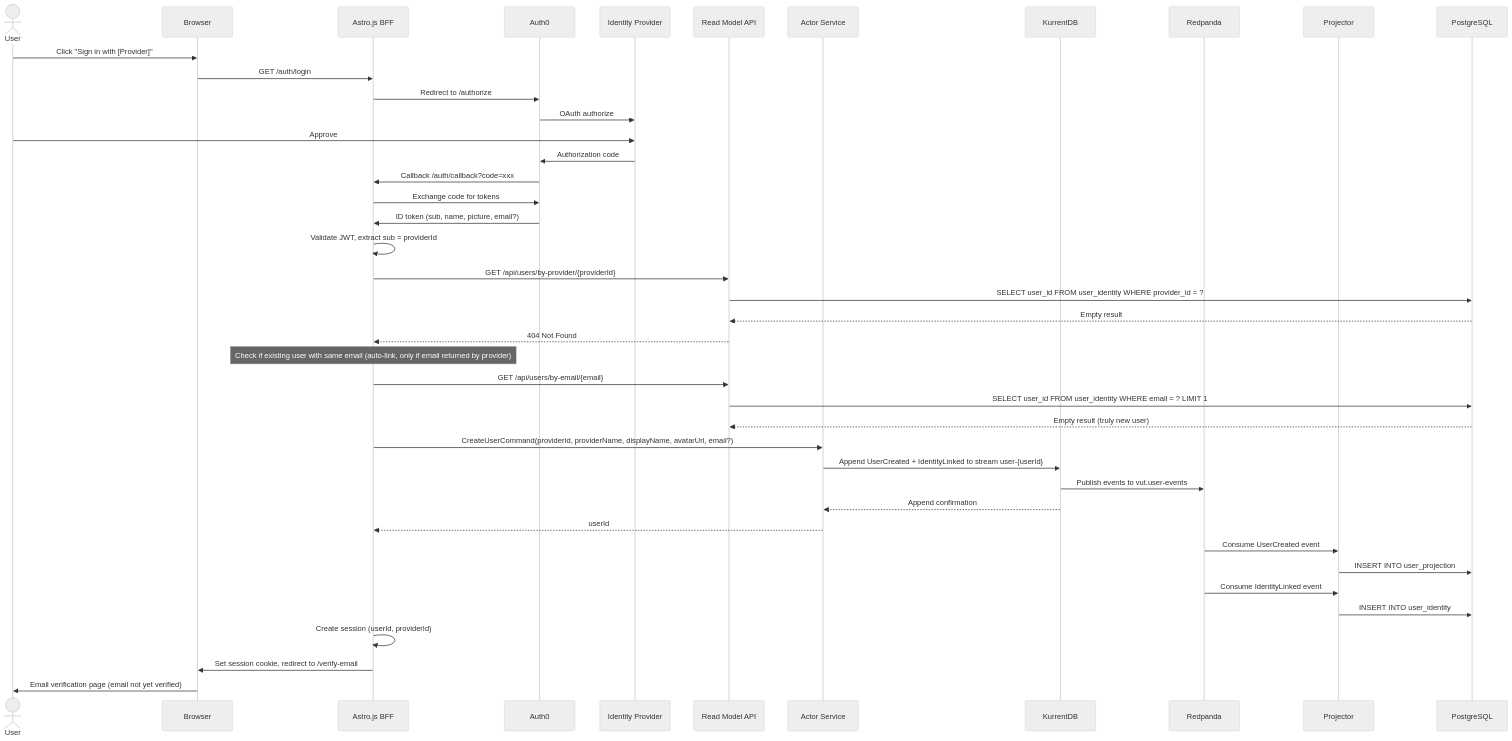
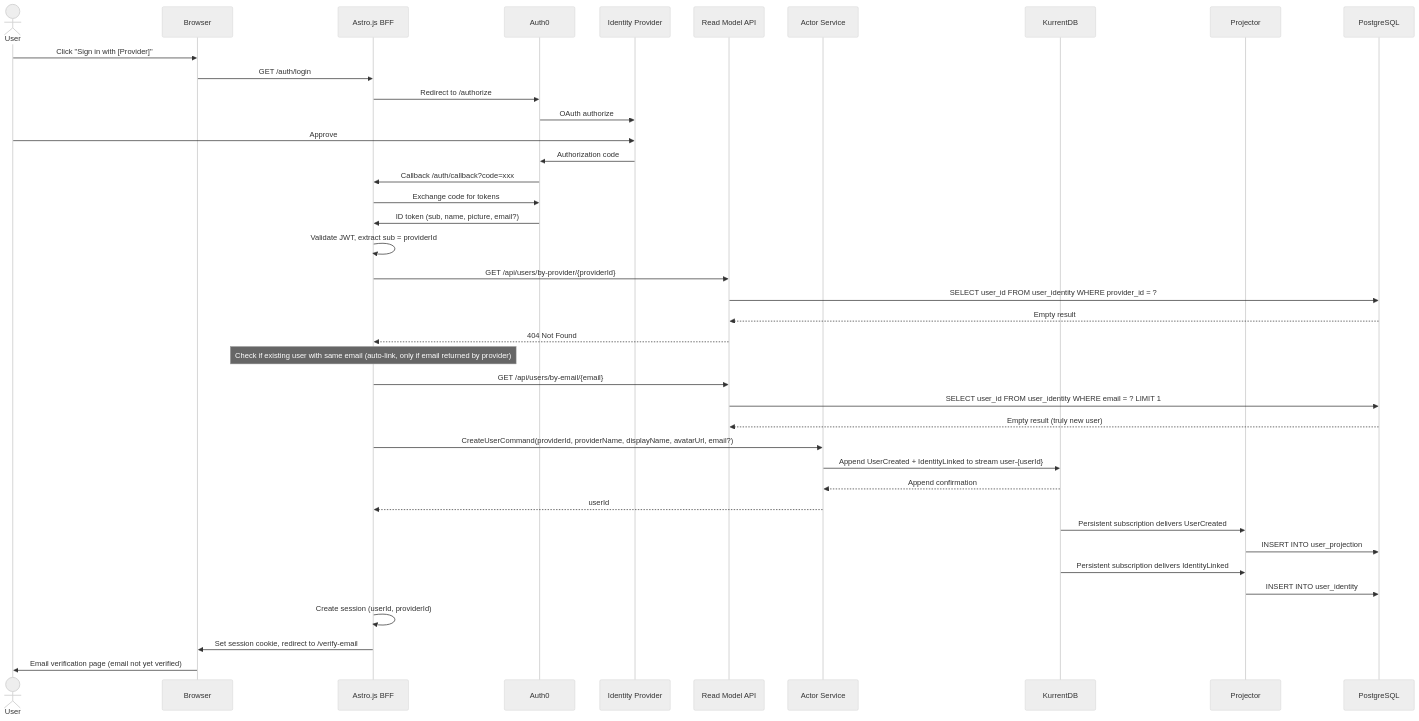
One commit to lekhasy/Vut changed the seventh of 15 diagrams in epics/01-epic-first-signin-org/architecture/architecture.md. Above: the diagram before and after it, drawn with Mermaid (neutral theme). The commit also changed other lines of this file and 16 other files, not shown here.

Commit message:
Architecture change to projecting directly from kurrent db

````diff
--- a/epics/01-epic-first-signin-org/architecture/architecture.md
+++ b/epics/01-epic-first-signin-org/architecture/architecture.md
@@ -690,50 +680,48 @@
 ```mermaid
 sequenceDiagram
     actor User
     participant Browser
     participant BFF as Astro.js BFF
     participant Auth0
     participant IdP as Identity Provider
     participant RM as Read Model API
     participant AS as Actor Service
     participant K as KurrentDB
-    participant RP as Redpanda
     participant PJ as Projector
     participant PG as PostgreSQL
 
     User->>Browser: Click "Sign in with [Provider]"
     Browser->>BFF: GET /auth/login
     BFF->>Auth0: Redirect to /authorize
     Auth0->>IdP: OAuth authorize
     User->>IdP: Approve
     IdP->>Auth0: Authorization code
     Auth0->>BFF: Callback /auth/callback?code=xxx
     BFF->>Auth0: Exchange code for tokens
     Auth0->>BFF: ID token (sub, name, picture, email?)
     BFF->>BFF: Validate JWT, extract sub = providerId
 
     BFF->>RM: GET /api/users/by-provider/{providerId}
     RM->>PG: SELECT user_id FROM user_identity WHERE provider_id = ?
     PG-->>RM: Empty result
     RM-->>BFF: 404 Not Found
 
     Note over BFF: Check if existing user with same email (auto-link, only if email returned by provider)
     BFF->>RM: GET /api/users/by-email/{email}
     RM->>PG: SELECT user_id FROM user_identity WHERE email = ? LIMIT 1
     PG-->>RM: Empty result (truly new user)
 
     BFF->>AS: CreateUserCommand(providerId, providerName, displayName, avatarUrl, email?)
     AS->>K: Append UserCreated + IdentityLinked to stream user-{userId}
-    K->>RP: Publish events to vut.user-events
     K-->>AS: Append confirmation
     AS-->>BFF: userId
 
-    RP->>PJ: Consume UserCreated event
+    K->>PJ: Persistent subscription delivers UserCreated
     PJ->>PG: INSERT INTO user_projection
-    RP->>PJ: Consume IdentityLinked event
+    K->>PJ: Persistent subscription delivers IdentityLinked
     PJ->>PG: INSERT INTO user_identity
 
     BFF->>BFF: Create session (userId, providerId)
     BFF->>Browser: Set session cookie, redirect to /verify-email
     Browser->>User: Email verification page (email not yet verified)
 ```
````
